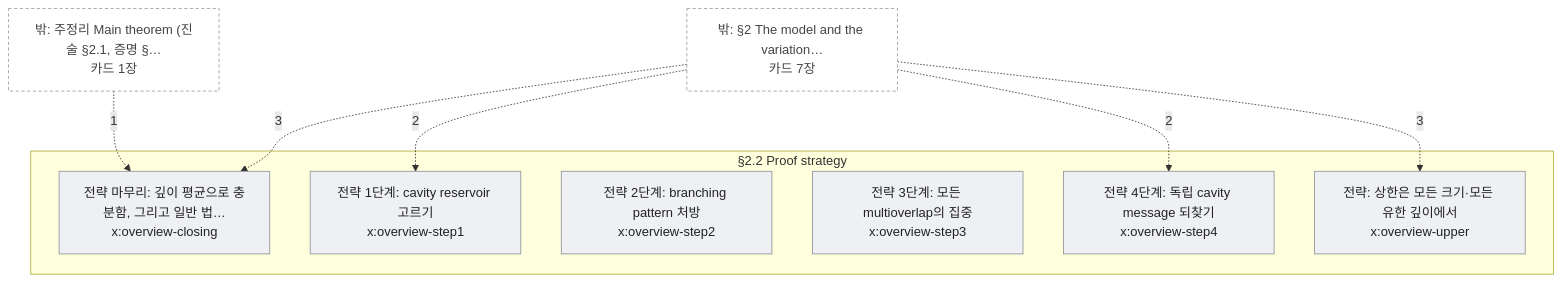
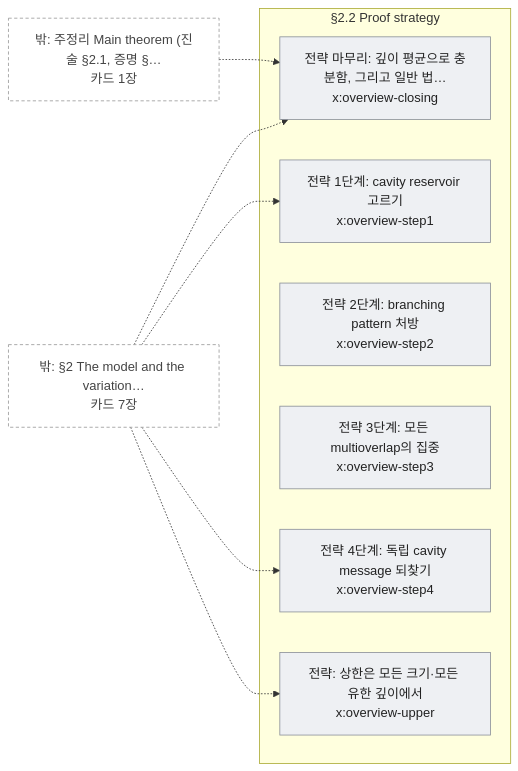
One commit to EuijinJeon/math2phys-site changed the diagram in redesign/build/artifact/maps/sec-overview.mmd. Above: the diagram before and after it, drawn with Mermaid. The commit also changed 60 other files, not shown here.

First line of the commit message:
redesign: 미검증 진행분 보존 (exact 판정 중단분: 카드 22장·용어집·규칙 표·SCHEMA, 도구 보강 중단분: build.py·지도·사이트)

```diff
--- a/redesign/build/artifact/maps/sec-overview.mmd
+++ b/redesign/build/artifact/maps/sec-overview.mmd
@@ -1,29 +1,29 @@
-flowchart TB
+flowchart LR
   subgraph IN["§2.2 Proof strategy"]
     a0["전략 마무리: 깊이 평균으로 충분함, 그리고 일반 법…<br/>x:overview-closing"]
     a1["전략 1단계: cavity reservoir 고르기<br/>x:overview-step1"]
     a2["전략 2단계: branching pattern 처방<br/>x:overview-step2"]
     a3["전략 3단계: 모든 multioverlap의 집중<br/>x:overview-step3"]
     a4["전략 4단계: 독립 cavity message 되찾기<br/>x:overview-step4"]
     a5["전략: 상한은 모든 크기·모든 유한 깊이에서<br/>x:overview-upper"]
   end
   X0["밖: §2 The model and the variation…<br/>카드 7장"]
   X1["밖: 주정리 Main theorem (진술 §2.1, 증명 §…<br/>카드 1장"]
-  X0 -.->|3| a0
-  X1 -.->|1| a0
-  X0 -.->|2| a1
-  X0 -.->|2| a4
-  X0 -.->|3| a5
+  X0 -.-> a0
+  X1 -.-> a0
+  X0 -.-> a1
+  X0 -.-> a4
+  X0 -.-> a5
   classDef thm fill:#d6e6ff,stroke:#1f5fbf,color:#111;
   classDef oth fill:#eef0f3,stroke:#8a8f98,color:#222;
   classDef ext fill:#fff,stroke:#999,stroke-dasharray:4 3,color:#444;
   class a0,a1,a2,a3,a4,a5 oth;
   class X0,X1 ext;
   click a0 "cards/x.overview-closing.html"
   click a1 "cards/x.overview-step1.html"
   click a2 "cards/x.overview-step2.html"
   click a3 "cards/x.overview-step3.html"
   click a4 "cards/x.overview-step4.html"
   click a5 "cards/x.overview-upper.html"
   click X0 "map-model.html"
   click X1 "map-main.html"
```
